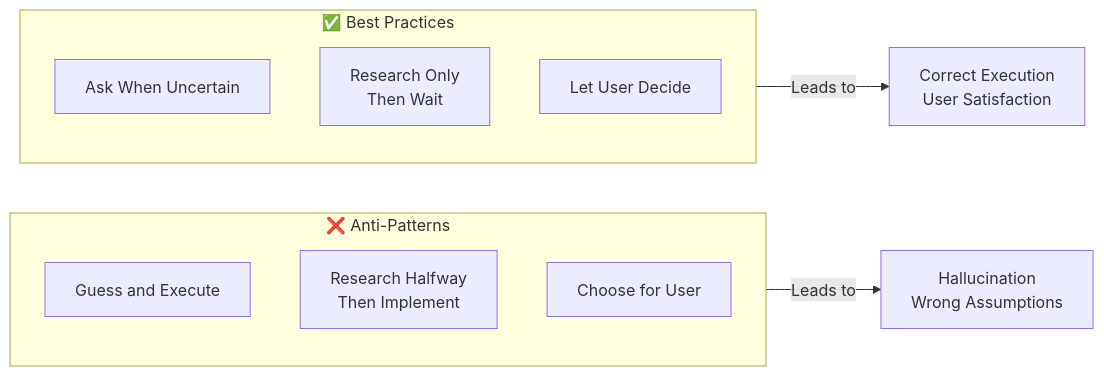
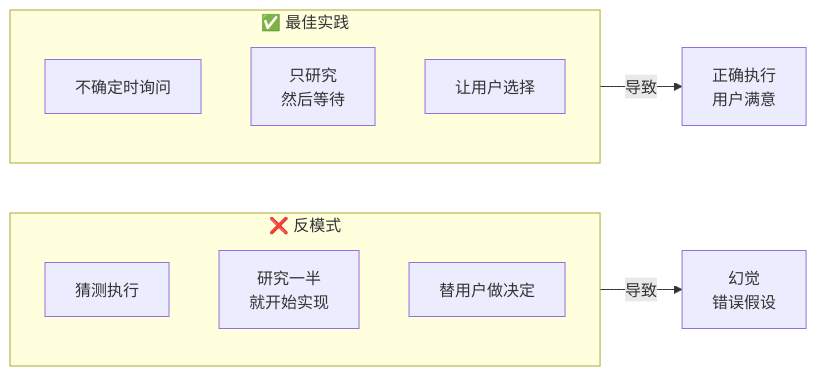
The tenth of 13 diagrams in prompts/README.md (unlimblue/ai-toolbox), drawn with Mermaid before and after one commit. The commit also changed other lines of this file, not shown here.

````diff
--- a/prompts/README.md
+++ b/prompts/README.md
@@ -336,21 +338,21 @@
 ```mermaid
 flowchart LR
-    subgraph Bad["❌ Anti-Patterns"]
-        B1["Guess and Execute"]
-        B2["Research Halfway
-        Then Implement"]
-        B3["Choose for User"]
+    subgraph Bad["❌ 反模式"]
+        B1["猜测执行"]
+        B2["研究一半
+就开始实现"]
+        B3["替用户做决定"]
     end
     
-    subgraph Good["✅ Best Practices"]
-        G1["Ask When Uncertain"]
-        G2["Research Only
-        Then Wait"]
-        G3["Let User Decide"]
+    subgraph Good["✅ 最佳实践"]
+        G1["不确定时询问"]
+        G2["只研究
+然后等待"]
+        G3["让用户选择"]
     end
     
-    Bad -->|"Leads to"| Problem["Hallucination
-Wrong Assumptions"]
-    Good -->|"Leads to"| Success["Correct Execution
-User Satisfaction"]
+    Bad -->|"导致"| Problem["幻觉
+错误假设"]
+    Good -->|"导致"| Success["正确执行
+用户满意"]
 ```
````
